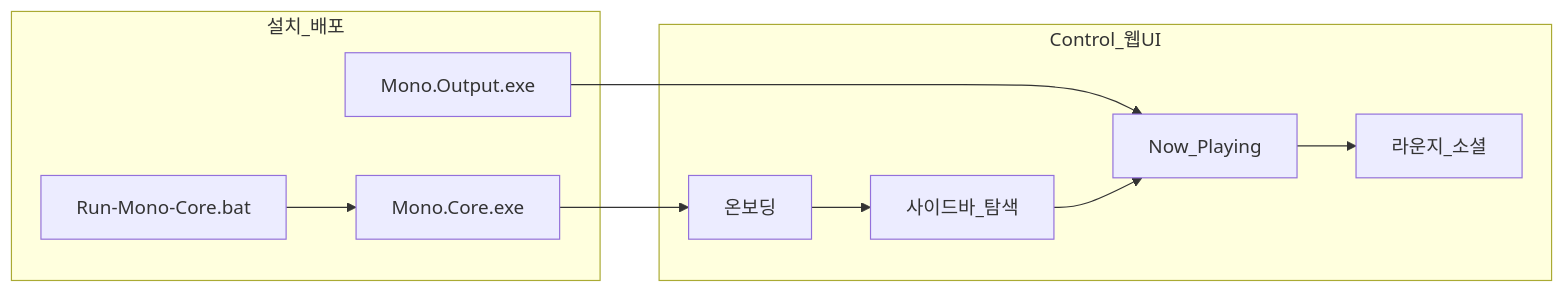
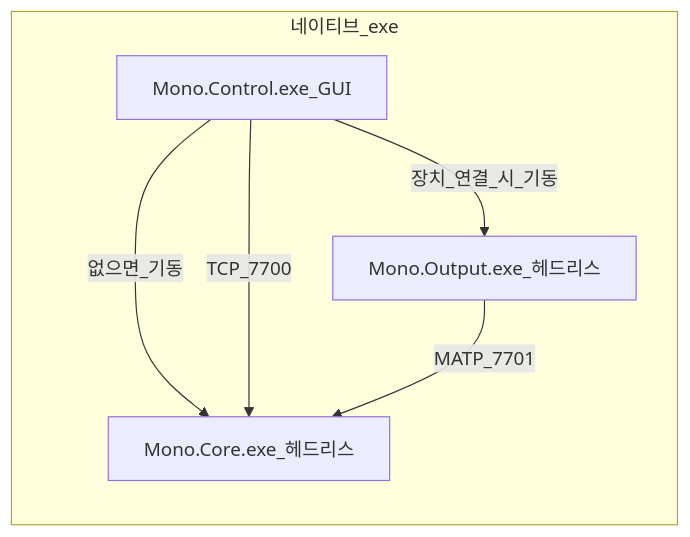
The diagram in docs/04-UIUX기획서.md (GabrielJung0727/music-program), drawn with Mermaid before and after one commit. The commit also changed other lines of this file and 4 other files, not shown here.

````diff
--- a/docs/04-UIUX기획서.md
+++ b/docs/04-UIUX기획서.md
@@ -18,20 +23,12 @@
 ```mermaid
 flowchart LR
-  subgraph install [설치_배포]
-    CoreExe[Mono.Core.exe]
-    OutExe[Mono.Output.exe]
-    Bat[Run-Mono-Core.bat]
+  subgraph apps [네이티브_exe]
+    Ctrl[Mono.Control.exe_GUI]
+    CoreExe[Mono.Core.exe_헤드리스]
+    OutExe[Mono.Output.exe_헤드리스]
   end
-  subgraph control [Control_웹UI]
-    Onboard[온보딩]
-    Browse[사이드바_탐색]
-    NowPlay[Now_Playing]
-    Lounge[라운지_소셜]
-  end
-  CoreExe --> Onboard
-  Bat --> CoreExe
-  OutExe --> NowPlay
-  Onboard --> Browse
-  Browse --> NowPlay
-  NowPlay --> Lounge
+  Ctrl -->|"없으면_기동"| CoreExe
+  Ctrl -->|"장치_연결_시_기동"| OutExe
+  Ctrl -->|TCP_7700| CoreExe
+  OutExe -->|MATP_7701| CoreExe
 ```
````
